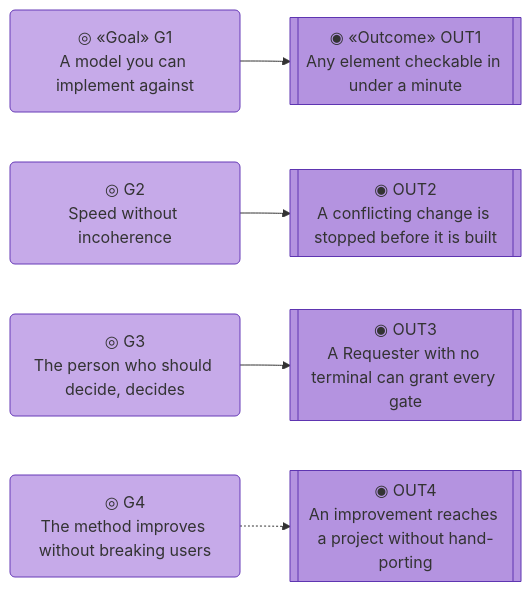
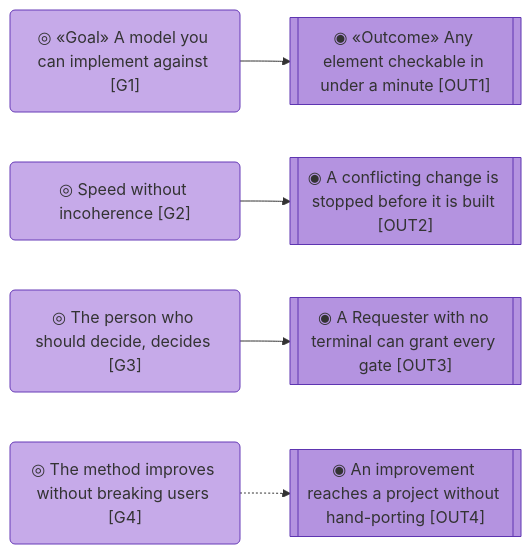
One commit to roanboc/architecture-archreator changed the fourth of 5 diagrams in product-archreator/architecture/1_strategy/1_motivation.md. Above: the diagram before and after it, drawn with Mermaid. The commit also changed other lines of this file and 38 other files, not shown here.

````diff
--- a/product-archreator/architecture/1_strategy/1_motivation.md
+++ b/product-archreator/architecture/1_strategy/1_motivation.md
@@ -153,20 +153,20 @@
 ```mermaid
 flowchart LR
-  g1("◎ «Goal» G1<br>A model you can implement against"):::goal
-  g2("◎ G2<br>Speed without incoherence"):::goal
-  g3("◎ G3<br>The person who should decide, decides"):::goal
-  g4("◎ G4<br>The method improves without breaking users"):::goal
+  g1("◎ «Goal» A model you can implement against [G1]"):::goal
+  g2("◎ Speed without incoherence [G2]"):::goal
+  g3("◎ The person who should decide, decides [G3]"):::goal
+  g4("◎ The method improves without breaking users [G4]"):::goal
 
-  out1[["◉ «Outcome» OUT1<br>Any element checkable in under a minute"]]:::outcome
-  out2[["◉ OUT2<br>A conflicting change is stopped before it is built"]]:::outcome
-  out3[["◉ OUT3<br>A Requester with no terminal can grant every gate"]]:::outcome
-  out4[["◉ OUT4<br>An improvement reaches a project without hand-porting"]]:::outcome
+  out1[["◉ «Outcome» Any element checkable in under a minute [OUT1]"]]:::outcome
+  out2[["◉ A conflicting change is stopped before it is built [OUT2]"]]:::outcome
+  out3[["◉ A Requester with no terminal can grant every gate [OUT3]"]]:::outcome
+  out4[["◉ An improvement reaches a project without hand-porting [OUT4]"]]:::outcome
 
   g1 --> out1
   g2 --> out2
   g3 --> out3
   g4 -.-> out4
 
   classDef goal fill:#c6aae9,stroke:#673ab7,color:#333
   classDef outcome fill:#b493e0,stroke:#5e35b1,color:#333
 ```
````
